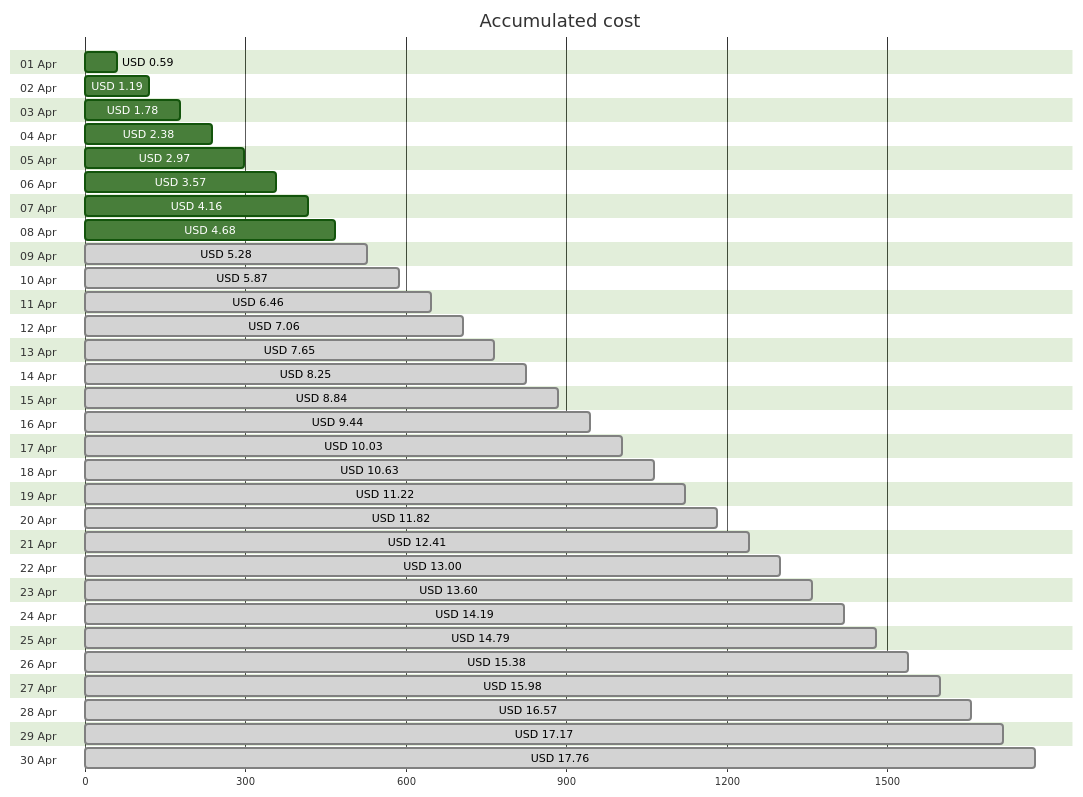
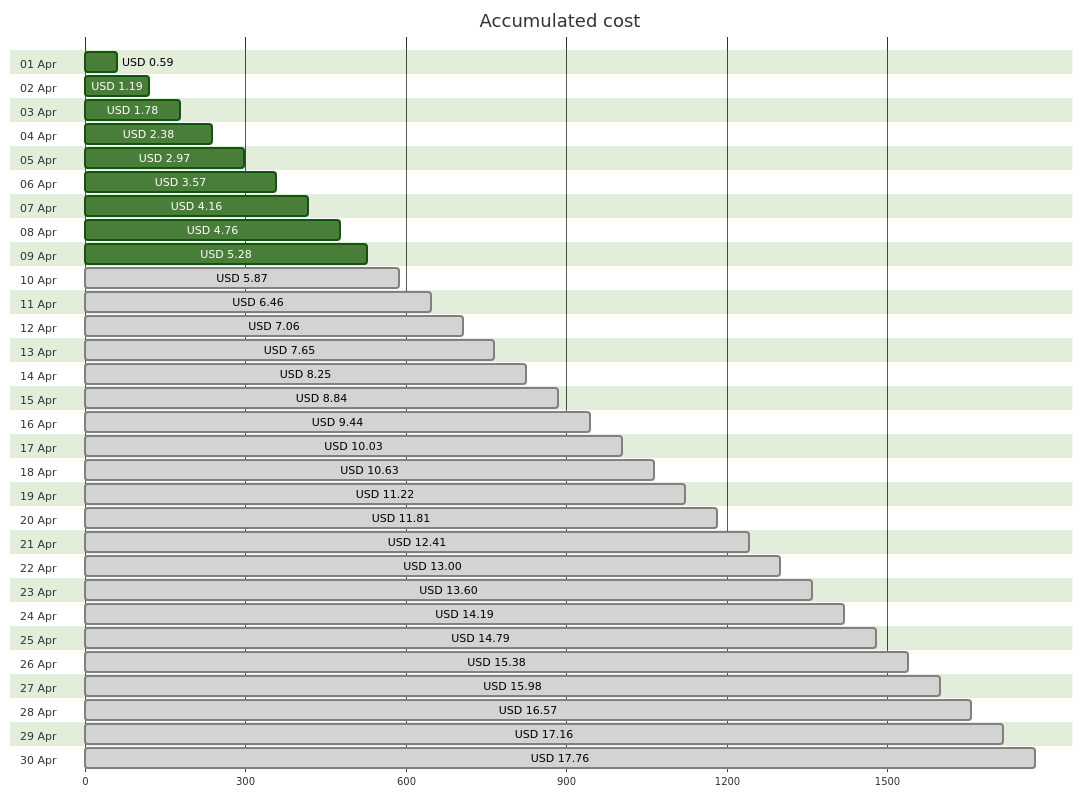
One commit to jpfulton/azure-personal-reports changed the first of 4 diagrams in cost-reports/personal-site/README.md. Above: the diagram before and after it, drawn with Mermaid (forest theme). The commit also changed other lines of this file and 6 other files, not shown here.

````diff
--- a/cost-reports/personal-site/README.md
+++ b/cost-reports/personal-site/README.md
@@ -20,66 +20,66 @@
 ```mermaid
 gantt
    title Accumulated cost
    dateFormat  X
    axisFormat %s
    section 01 Apr
    USD 0.59 :0, 59
    section 02 Apr
    USD 1.19 :0, 119
    section 03 Apr
    USD 1.78 :0, 178
    section 04 Apr
    USD 2.38 :0, 238
    section 05 Apr
    USD 2.97 :0, 297
    section 06 Apr
    USD 3.57 :0, 357
    section 07 Apr
    USD 4.16 :0, 416
    section 08 Apr
-   USD 4.68 :0, 468
+   USD 4.76 :0, 476
    section 09 Apr
-   USD 5.28 : done, 0, 528
+   USD 5.28 :0, 528
    section 10 Apr
    USD 5.87 : done, 0, 587
    section 11 Apr
    USD 6.46 : done, 0, 646
    section 12 Apr
    USD 7.06 : done, 0, 706
    section 13 Apr
    USD 7.65 : done, 0, 765
    section 14 Apr
    USD 8.25 : done, 0, 825
    section 15 Apr
    USD 8.84 : done, 0, 884
    section 16 Apr
    USD 9.44 : done, 0, 944
    section 17 Apr
    USD 10.03 : done, 0, 1003
    section 18 Apr
    USD 10.63 : done, 0, 1063
    section 19 Apr
    USD 11.22 : done, 0, 1122
    section 20 Apr
-   USD 11.82 : done, 0, 1182
+   USD 11.81 : done, 0, 1181
    section 21 Apr
    USD 12.41 : done, 0, 1241
    section 22 Apr
    USD 13.00 : done, 0, 1300
    section 23 Apr
    USD 13.60 : done, 0, 1360
    section 24 Apr
    USD 14.19 : done, 0, 1419
    section 25 Apr
    USD 14.79 : done, 0, 1479
    section 26 Apr
    USD 15.38 : done, 0, 1538
    section 27 Apr
    USD 15.98 : done, 0, 1598
    section 28 Apr
    USD 16.57 : done, 0, 1657
    section 29 Apr
-   USD 17.17 : done, 0, 1717
+   USD 17.16 : done, 0, 1716
    section 30 Apr
    USD 17.76 : done, 0, 1776
 ```
````
